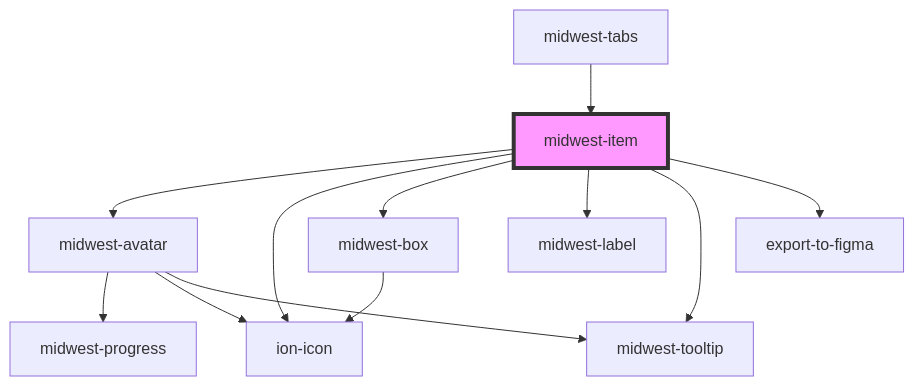
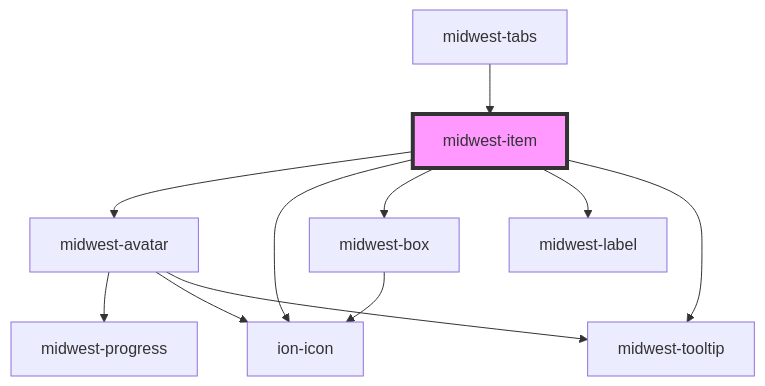
One commit to splitinfinities/Midwest changed the diagram in packages/forms/docs/components/item/readme.md. Above: the diagram before and after it, drawn with Mermaid. The commit also changed other lines of this file and 48 other files, not shown here.

````diff
--- a/packages/forms/docs/components/item/readme.md
+++ b/packages/forms/docs/components/item/readme.md
@@ -76,15 +75,14 @@
 ```mermaid
 graph TD;
   midwest-item --> midwest-avatar
   midwest-item --> ion-icon
   midwest-item --> midwest-box
   midwest-item --> midwest-label
   midwest-item --> midwest-tooltip
-  midwest-item --> export-to-figma
   midwest-avatar --> midwest-progress
   midwest-avatar --> ion-icon
   midwest-avatar --> midwest-tooltip
   midwest-box --> ion-icon
   midwest-tabs --> midwest-item
   style midwest-item fill:#f9f,stroke:#333,stroke-width:4px
 ```
````
